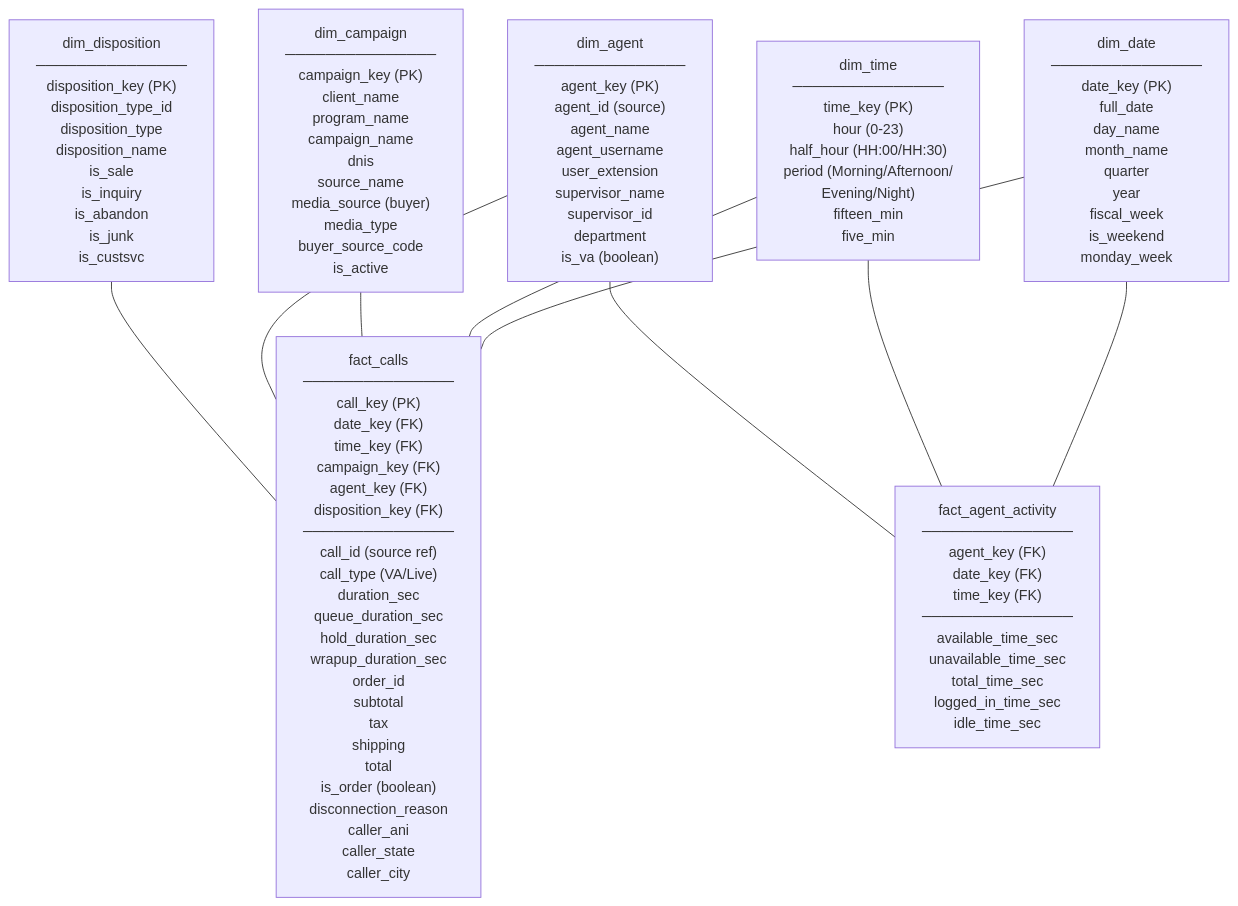
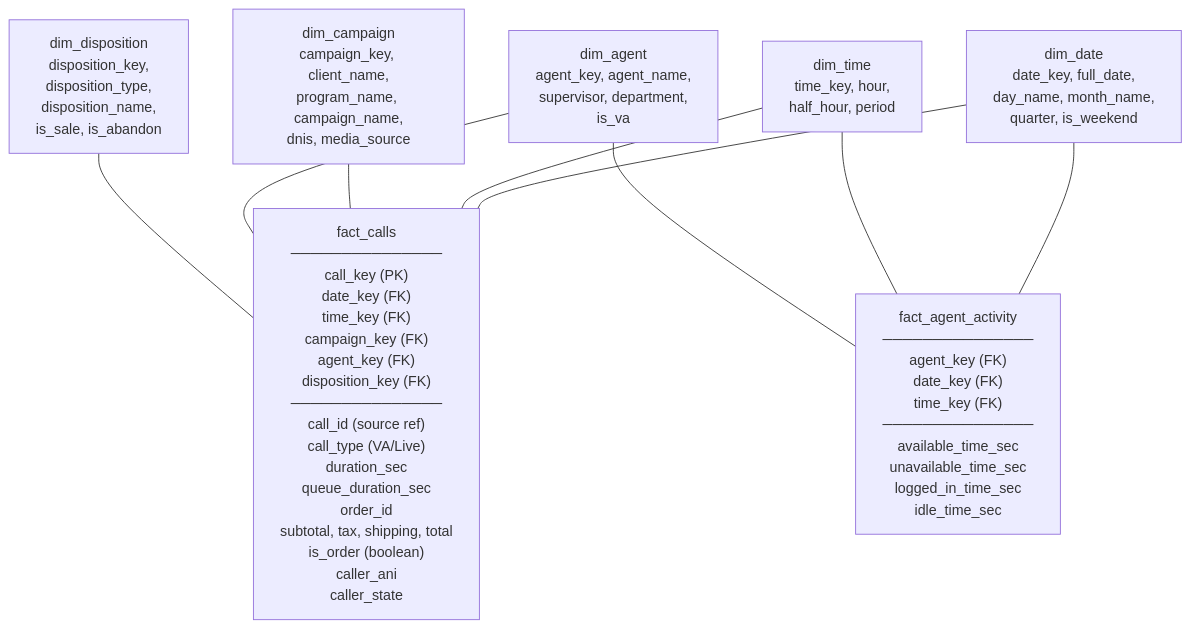
One commit to sunilmogadati/data-engineer-accelerator changed the first of 2 diagrams in concepts/Star_Schema_Design/02_Design.md. Above: the diagram before and after it, drawn with Mermaid. The commit also changed other lines of this file and 1 other file, not shown here.

Commit message:
Rewrite Star Schema chapters for public: remove LT-specific refs, add source table query pain demo, universal framing

````diff
--- a/concepts/Star_Schema_Design/02_Design.md
+++ b/concepts/Star_Schema_Design/02_Design.md
@@ -9,25 +9,25 @@
 ```mermaid
 graph TD
-    F["fact_calls<br/>───────────────<br/>call_key (PK)<br/>date_key (FK)<br/>time_key (FK)<br/>campaign_key (FK)<br/>agent_key (FK)<br/>disposition_key (FK)<br/>───────────────<br/>call_id (source ref)<br/>call_type (VA/Live)<br/>duration_sec<br/>queue_duration_sec<br/>hold_duration_sec<br/>wrapup_duration_sec<br/>order_id<br/>subtotal<br/>tax<br/>shipping<br/>total<br/>is_order (boolean)<br/>disconnection_reason<br/>caller_ani<br/>caller_state<br/>caller_city"]
+    F["fact_calls<br/>───────────────<br/>call_key (PK)<br/>date_key (FK)<br/>time_key (FK)<br/>campaign_key (FK)<br/>agent_key (FK)<br/>disposition_key (FK)<br/>───────────────<br/>call_id (source ref)<br/>call_type (VA/Live)<br/>duration_sec<br/>queue_duration_sec<br/>order_id<br/>subtotal, tax, shipping, total<br/>is_order (boolean)<br/>caller_ani<br/>caller_state"]
 
-    FA["fact_agent_activity<br/>───────────────<br/>agent_key (FK)<br/>date_key (FK)<br/>time_key (FK)<br/>───────────────<br/>available_time_sec<br/>unavailable_time_sec<br/>total_time_sec<br/>logged_in_time_sec<br/>idle_time_sec"]
+    FA["fact_agent_activity<br/>───────────────<br/>agent_key (FK)<br/>date_key (FK)<br/>time_key (FK)<br/>───────────────<br/>available_time_sec<br/>unavailable_time_sec<br/>logged_in_time_sec<br/>idle_time_sec"]
 
-    D1["dim_date<br/>───────────────<br/>date_key (PK)<br/>full_date<br/>day_name<br/>month_name<br/>quarter<br/>year<br/>fiscal_week<br/>is_weekend<br/>monday_week"]
+    D1["dim_date<br/>date_key, full_date,<br/>day_name, month_name,<br/>quarter, is_weekend"]
 
-    D2["dim_time<br/>───────────────<br/>time_key (PK)<br/>hour (0-23)<br/>half_hour (HH:00/HH:30)<br/>period (Morning/Afternoon/<br/>Evening/Night)<br/>fifteen_min<br/>five_min"]
+    D2["dim_time<br/>time_key, hour,<br/>half_hour, period"]
 
-    D3["dim_campaign<br/>───────────────<br/>campaign_key (PK)<br/>client_name<br/>program_name<br/>campaign_name<br/>dnis<br/>source_name<br/>media_source (buyer)<br/>media_type<br/>buyer_source_code<br/>is_active"]
+    D3["dim_campaign<br/>campaign_key, client_name,<br/>program_name, campaign_name,<br/>dnis, media_source"]
 
-    D4["dim_agent<br/>───────────────<br/>agent_key (PK)<br/>agent_id (source)<br/>agent_name<br/>agent_username<br/>user_extension<br/>supervisor_name<br/>supervisor_id<br/>department<br/>is_va (boolean)"]
+    D4["dim_agent<br/>agent_key, agent_name,<br/>supervisor, department,<br/>is_va"]
 
-    D5["dim_disposition<br/>───────────────<br/>disposition_key (PK)<br/>disposition_type_id<br/>disposition_type<br/>disposition_name<br/>is_sale<br/>is_inquiry<br/>is_abandon<br/>is_junk<br/>is_custsvc"]
+    D5["dim_disposition<br/>disposition_key,<br/>disposition_type,<br/>disposition_name,<br/>is_sale, is_abandon"]
 
     D1 --- F
     D2 --- F
     D3 --- F
     D4 --- F
     D5 --- F
     D1 --- FA
     D2 --- FA
     D4 --- FA
 ```
````
